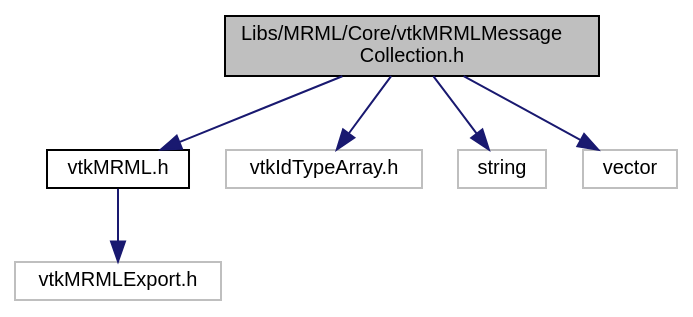
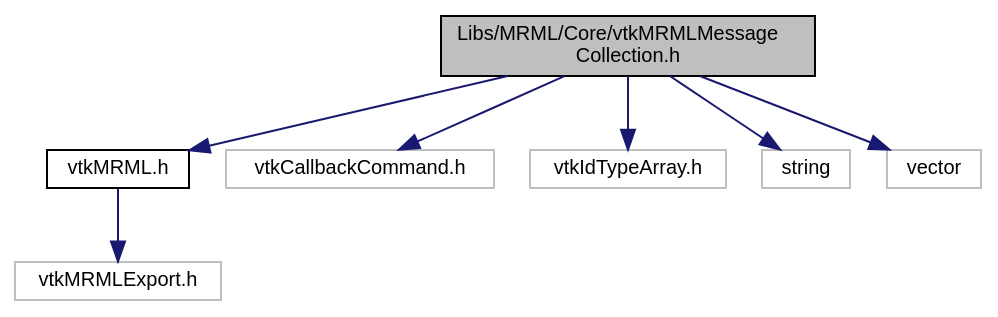
Before and after one commit to jamesobutler/apidocs.slicer.org: the diagram in master/vtkMRMLMessageCollection_8h__incl.dot, drawn with Graphviz. The commit also changed 4400 other files, not shown here.

```diff
--- a/master/vtkMRMLMessageCollection_8h__incl.dot
+++ b/master/vtkMRMLMessageCollection_8h__incl.dot
@@ -1,17 +1,19 @@
 digraph "Libs/MRML/Core/vtkMRMLMessageCollection.h"
 {
   bgcolor="transparent";
   edge [fontname="Helvetica",fontsize="10",labelfontname="Helvetica",labelfontsize="10"];
   node [fontname="Helvetica",fontsize="10",shape=record];
   Node0 [label="Libs/MRML/Core/vtkMRMLMessage\lCollection.h",height=0.2,width=0.4,color="black", fillcolor="grey75", style="filled", fontcolor="black"];
   Node0 -> Node1 [color="midnightblue",fontsize="10",style="solid",fontname="Helvetica"];
   Node1 [label="vtkMRML.h",height=0.2,width=0.4,color="black",URL="$vtkMRML_8h.html"];
   Node1 -> Node2 [color="midnightblue",fontsize="10",style="solid",fontname="Helvetica"];
   Node2 [label="vtkMRMLExport.h",height=0.2,width=0.4,color="grey75"];
   Node0 -> Node3 [color="midnightblue",fontsize="10",style="solid",fontname="Helvetica"];
-  Node3 [label="vtkIdTypeArray.h",height=0.2,width=0.4,color="grey75"];
+  Node3 [label="vtkCallbackCommand.h",height=0.2,width=0.4,color="grey75"];
   Node0 -> Node4 [color="midnightblue",fontsize="10",style="solid",fontname="Helvetica"];
-  Node4 [label="string",height=0.2,width=0.4,color="grey75"];
+  Node4 [label="vtkIdTypeArray.h",height=0.2,width=0.4,color="grey75"];
   Node0 -> Node5 [color="midnightblue",fontsize="10",style="solid",fontname="Helvetica"];
-  Node5 [label="vector",height=0.2,width=0.4,color="grey75"];
+  Node5 [label="string",height=0.2,width=0.4,color="grey75"];
+  Node0 -> Node6 [color="midnightblue",fontsize="10",style="solid",fontname="Helvetica"];
+  Node6 [label="vector",height=0.2,width=0.4,color="grey75"];
 }
```
